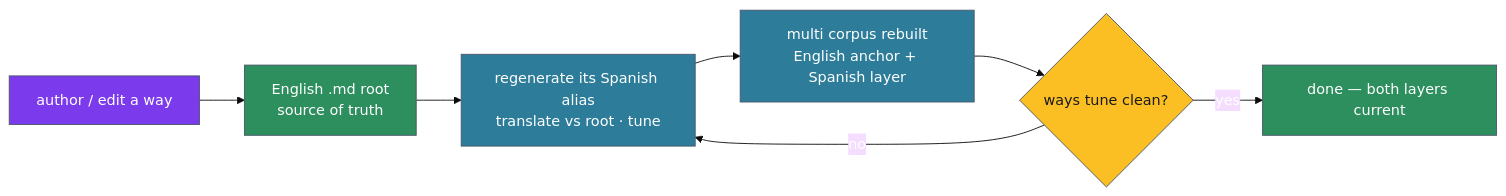
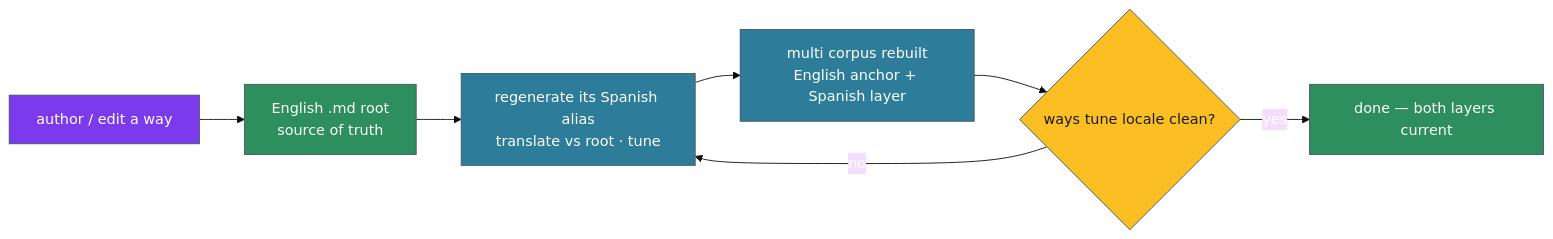
One commit to aaronsb/agent-ways changed the diagram in docs/explanation/localization/scenario-steady-state-authoring.md. Above: the diagram before and after it, drawn with Mermaid (base theme). The commit also changed other lines of this file and 149 other files, not shown here.

````diff
--- a/docs/explanation/localization/scenario-steady-state-authoring.md
+++ b/docs/explanation/localization/scenario-steady-state-authoring.md
@@ -21,21 +21,21 @@
 ```mermaid
 flowchart LR
     A[author / edit a way] --> E[English .md root<br/>source of truth]
     E --> L[regenerate its Spanish alias<br/>translate vs root · tune]
     L --> C[multi corpus rebuilt<br/>English anchor + Spanish layer]
-    C --> G{ways tune clean?}
+    C --> G{ways tune locale clean?}
     G -->|no| L
     G -->|yes| D[done — both layers current]
 
     classDef authoring fill:#7c3aed,stroke:#4a5568,color:#ffffff
     classDef root fill:#2d8e5e,stroke:#4a5568,color:#ffffff
     classDef process fill:#2d7d9a,stroke:#4a5568,color:#ffffff
     classDef gate fill:#fbbf24,stroke:#4a5568,color:#1a1a1a
     classDef done fill:#2d8e5e,stroke:#4a5568,color:#ffffff
 
     class A authoring
     class E root
     class L,C process
     class G gate
     class D done
 ```
````
